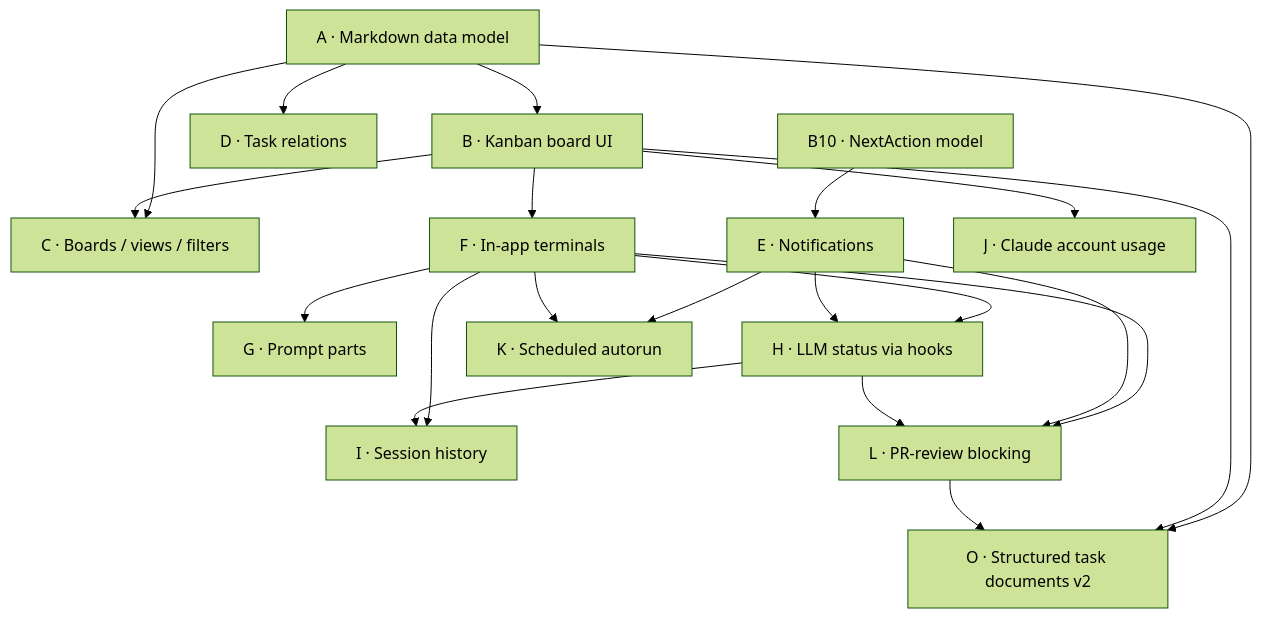
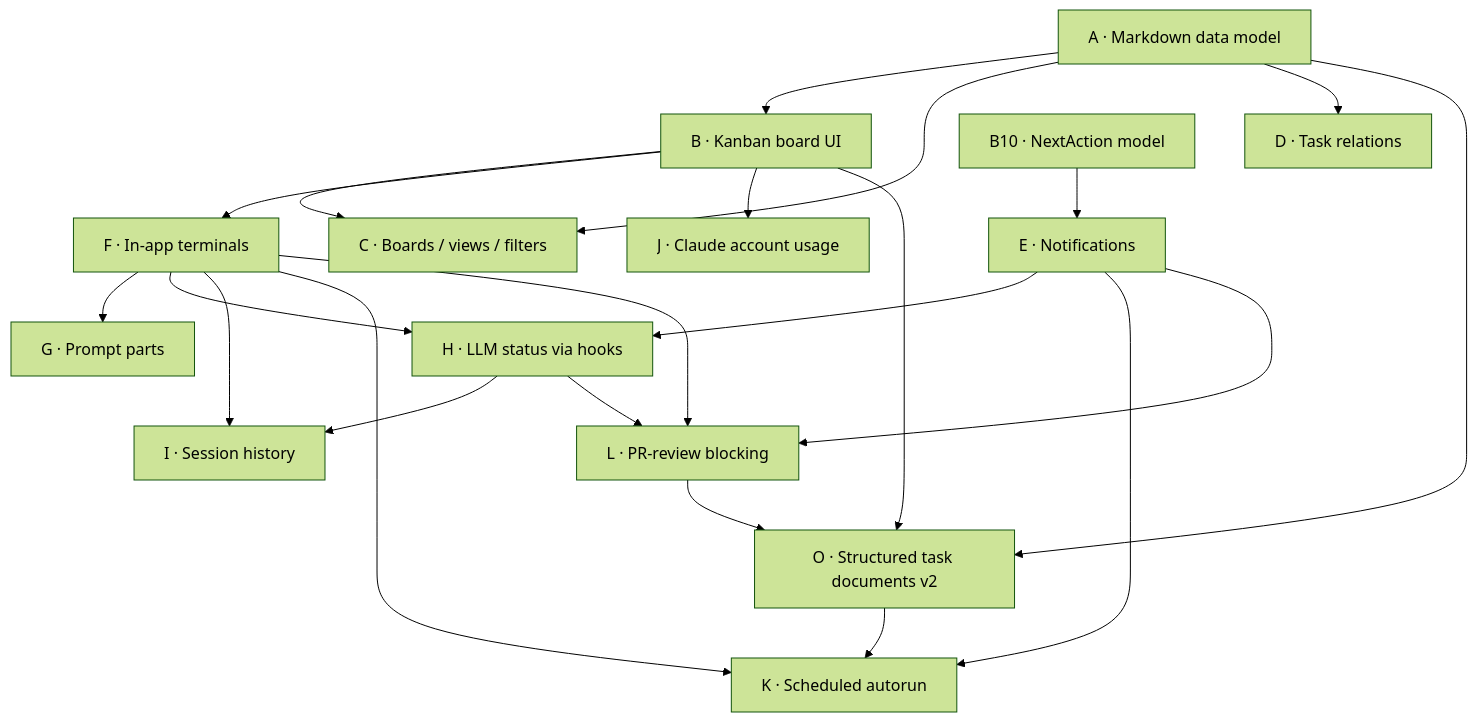
One commit to vitaliyreznikov/build-your-own-taskman changed the diagram in DEPENDENCIES.md. Above: the diagram before and after it, drawn with Mermaid (forest theme). The commit also changed other lines of this file and 2 other files, not shown here.

Commit message:
Specify K02: scheduled autorun of a single subgoal
K02 generalizes K01's task scheduler down to a subgoal of a v2 document:
per-subgoal autorun + nextAction fields in I<N>.json, firing that subgoal's
own O09 terminal with the work-on-subgoal prompt. One shared queue/gate with
K01. Adds the MENU row, the adjacency edge (K02: K01, O03, O09) and the
epic-level O --> K edge.

````diff
--- a/DEPENDENCIES.md
+++ b/DEPENDENCIES.md
@@ -9,23 +9,24 @@
 ```mermaid
 graph TD
   A[A · Markdown data model] --> B[B · Kanban board UI]
   A --> C[C · Boards / views / filters]
   A --> D[D · Task relations]
   B --> C
   B10[B10 · NextAction model] --> E[E · Notifications]
   B --> F[F · In-app terminals]
   F --> G[G · Prompt parts]
   F --> H[H · LLM status via hooks]
   E --> H
   F --> I[I · Session history]
   H --> I
   B --> J[J · Claude account usage]
   E --> K[K · Scheduled autorun]
   F --> K
   F --> L[L · PR-review blocking]
   E --> L
   H --> L
   A --> O[O · Structured task documents v2]
   B --> O
   L --> O
+  O --> K
 ```
````
